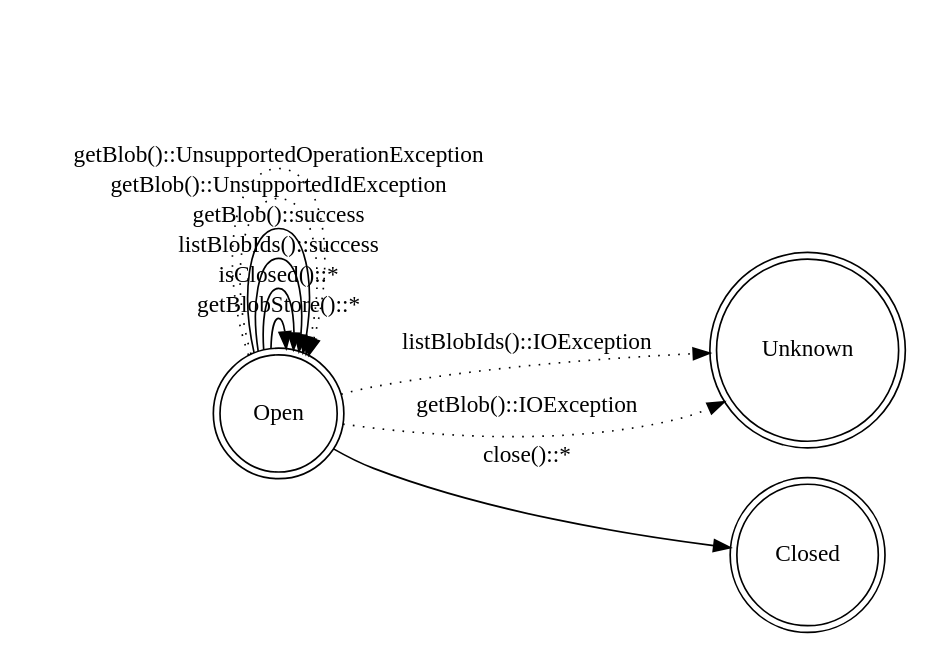
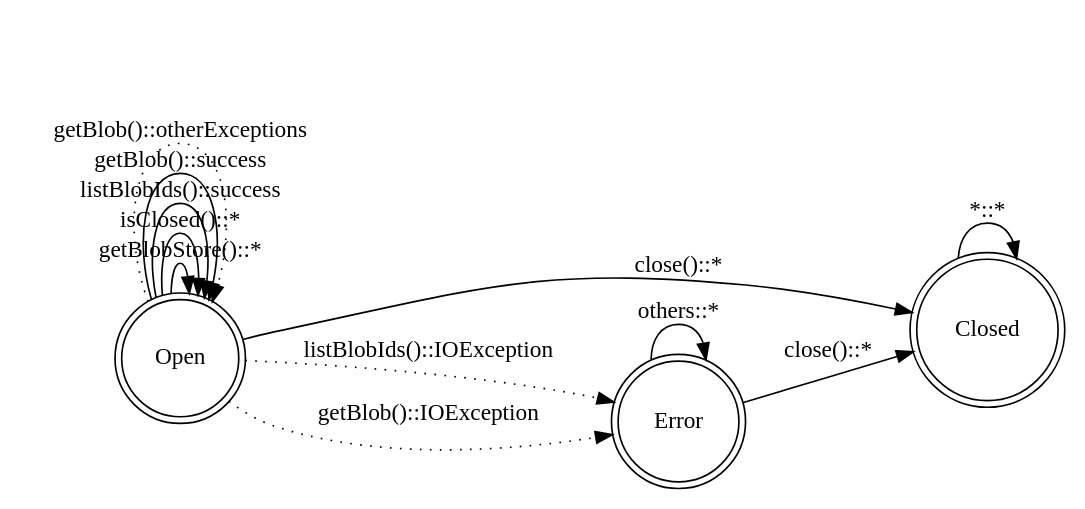
Before and after one commit to akubra/akubra: the diagram in docs/connection.dot, drawn with Graphviz. The commit also changed 1 other file, not shown here.

```diff
--- a/docs/connection.dot
+++ b/docs/connection.dot
@@ -1,42 +1,47 @@
 /* $HeadURL::                                                                            $
  * $Id$
  *
  * Copyright (c) 2008,2009 by Fedora Commons Inc.
  * http://www.fedoracommons.org
  *
  * In collaboration with Topaz Inc.
  * http://www.topazproject.org
  *
  * Licensed under the Apache License, Version 2.0 (the "License");
  * you may not use this file except in compliance with the License.
  * You may obtain a copy of the License at
  *
  *     http://www.apache.org/licenses/LICENSE-2.0
  *
  * Unless required by applicable law or agreed to in writing, software
  * distributed under the License is distributed on an "AS IS" BASIS,
  * WITHOUT WARRANTIES OR CONDITIONS OF ANY KIND, either express or implied.
  * See the License for the specific language governing permissions and
  * limitations under the License.
  */
 digraph connection {
   rankdir=LR;
   overlap=scale;
 
-  node [shape = doublecircle]; Open Unknown Closed;
+  node [shape = doublecircle]; Open Closed Error;
   node [shape = circle];
-
-  Open -> Closed [ label = "close()::*" ];
 
   Open -> Open [ label = "getBlobStore()::*" ];
 
   Open -> Open [ label = "isClosed()::*" ];
 
   Open -> Open [ label = "listBlobIds()::success" ];
-  Open -> Unknown [ style = dotted, label = "listBlobIds()::IOException" ];
+  Open -> Error [ style = dotted, label = "listBlobIds()::IOException" ];
 
   Open -> Open [ label = "getBlob()::success" ];
-  Open -> Open [ style = dotted, label = "getBlob()::UnsupportedIdException" ];
-  Open -> Open [ style = dotted, label = "getBlob()::UnsupportedOperationException" ];
-  Open -> Unknown [ style = dotted, label = "getBlob()::IOException" ];
+  Open -> Error [ style = dotted, label = "getBlob()::IOException" ];
+  Open -> Open [ style = dotted, label = "getBlob()::otherExceptions" ];
+
+  Open -> Closed [ label = "close()::*" ];
+
+  Error -> Closed [ label = "close()::*" ];
+
+  Error -> Error [ label = "others::*" ];
+
+  Closed -> Closed [ label = "*::*" ];
 }
```
